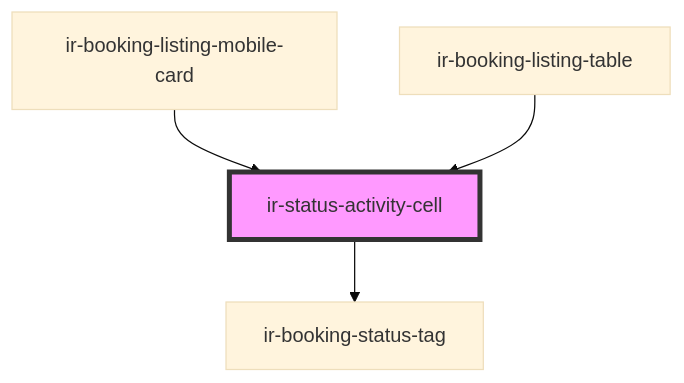
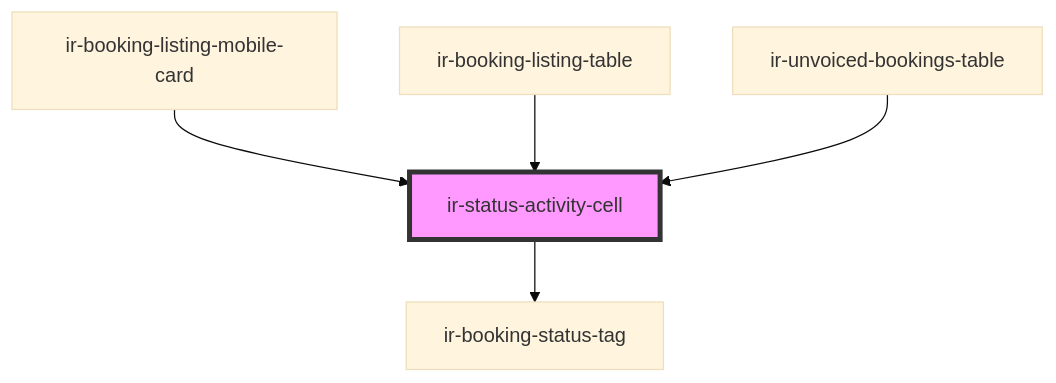
Before and after one commit to RonyRizk/ir-webcmp: the diagram in src/components/table-cells/booking/ir-status-activity-cell/readme.md, drawn with Mermaid (base theme). The commit also changed other lines of this file and 244 other files, not shown here.

````diff
--- a/src/components/table-cells/booking/ir-status-activity-cell/readme.md
+++ b/src/components/table-cells/booking/ir-status-activity-cell/readme.md
@@ -32,7 +33,8 @@
 ```mermaid
 graph TD;
   ir-status-activity-cell --> ir-booking-status-tag
   ir-booking-listing-mobile-card --> ir-status-activity-cell
   ir-booking-listing-table --> ir-status-activity-cell
+  ir-unvoiced-bookings-table --> ir-status-activity-cell
   style ir-status-activity-cell fill:#f9f,stroke:#333,stroke-width:4px
 ```
````
